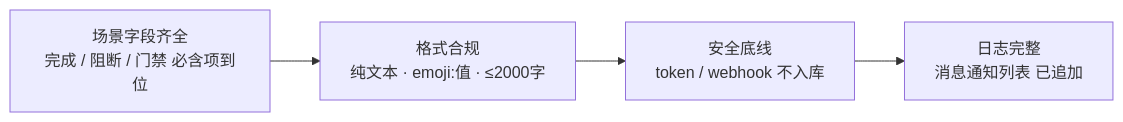
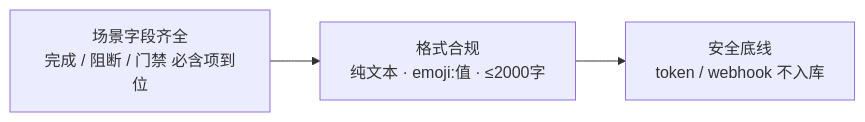
The ninth of 9 diagrams in skills/rui-bot/SKILL.md (effiy/YrY), drawn with Mermaid before and after one commit. The commit also changed other lines of this file and 91 other files, not shown here.

````diff
--- a/skills/rui-bot/SKILL.md
+++ b/skills/rui-bot/SKILL.md
@@ -362,7 +312,6 @@
 ```mermaid
 flowchart LR
     S1["场景字段齐全<br/>完成 / 阻断 / 门禁 必含项到位"]:::sig --> S2["格式合规<br/>纯文本 · emoji:值 · ≤2000字"]:::sig
     S2 --> S3["安全底线<br/>token / webhook 不入库"]:::sig
-    S3 --> S4["日志完整<br/>消息通知列表 已追加"]:::sig
 
 ```
````
